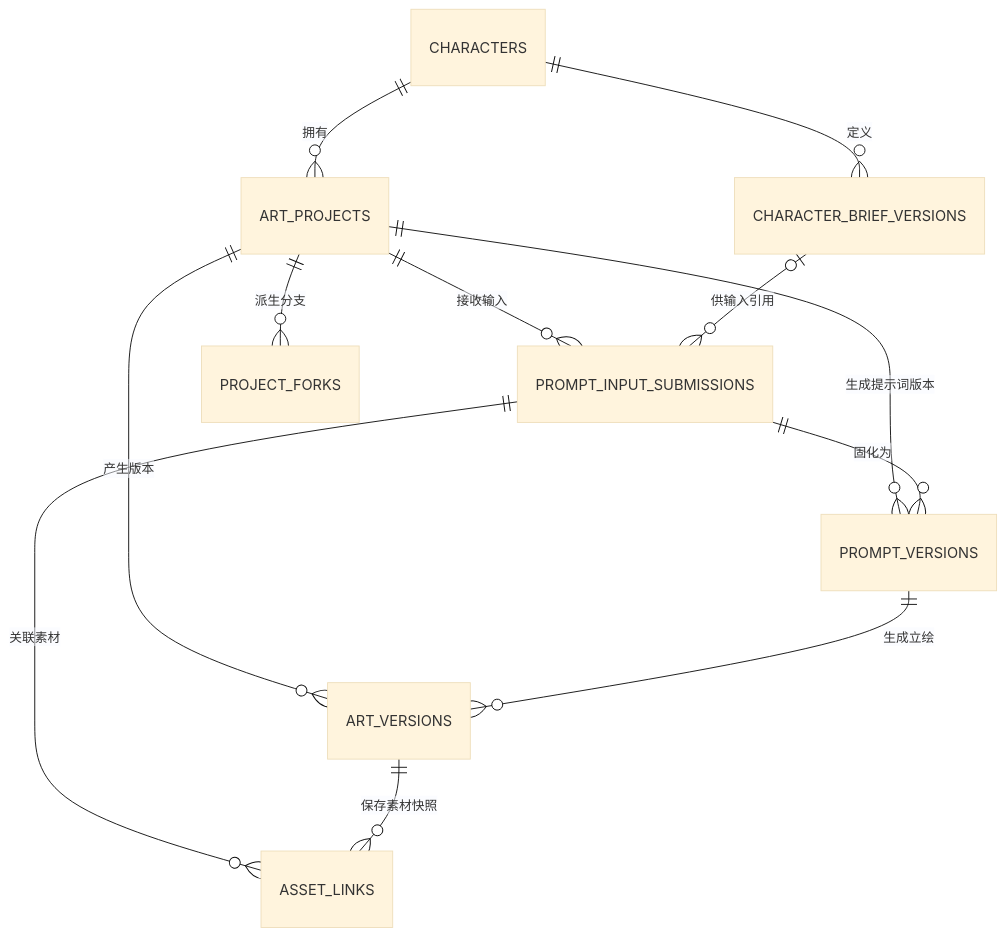
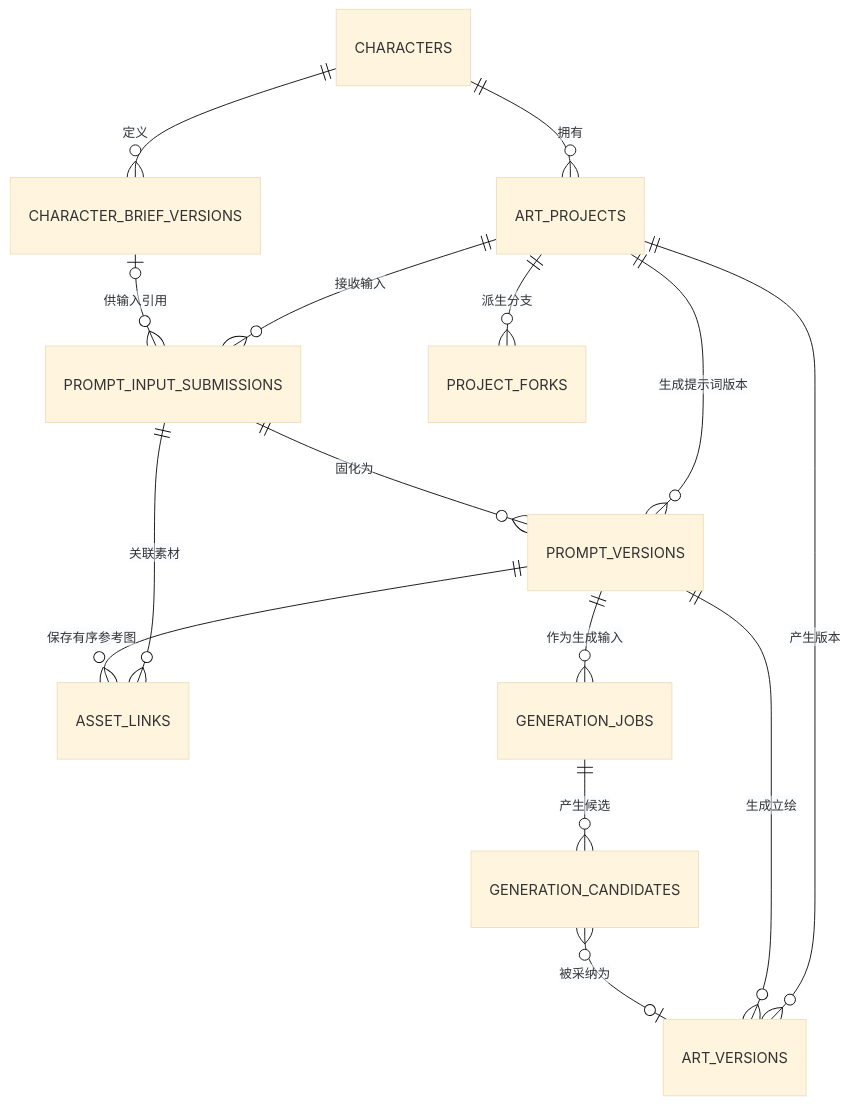
Before and after one commit to fupingyezi/agent2live: the second of 5 diagrams in docs/architecture/2026-11-08-data-model.md, drawn with Mermaid (base theme). The commit also changed other lines of this file and 3 other files, not shown here.

Commit message:
docs: update architecture docs

````diff
--- a/docs/architecture/2026-11-08-data-model.md
+++ b/docs/architecture/2026-11-08-data-model.md
@@ -104,14 +105,17 @@
 ```mermaid
 erDiagram
   CHARACTERS ||--o{ ART_PROJECTS : "拥有"
   CHARACTERS ||--o{ CHARACTER_BRIEF_VERSIONS : "定义"
   ART_PROJECTS ||--o{ PROMPT_INPUT_SUBMISSIONS : "接收输入"
   ART_PROJECTS ||--o{ PROMPT_VERSIONS : "生成提示词版本"
   ART_PROJECTS ||--o{ ART_VERSIONS : "产生版本"
   CHARACTER_BRIEF_VERSIONS |o--o{ PROMPT_INPUT_SUBMISSIONS : "供输入引用"
   PROMPT_INPUT_SUBMISSIONS ||--o{ PROMPT_VERSIONS : "固化为"
   PROMPT_VERSIONS ||--o{ ART_VERSIONS : "生成立绘"
   PROMPT_INPUT_SUBMISSIONS ||--o{ ASSET_LINKS : "关联素材"
-  ART_VERSIONS ||--o{ ASSET_LINKS : "保存素材快照"
+  PROMPT_VERSIONS ||--o{ ASSET_LINKS : "保存有序参考图"
+  PROMPT_VERSIONS ||--o{ GENERATION_JOBS : "作为生成输入"
+  GENERATION_JOBS ||--o{ GENERATION_CANDIDATES : "产生候选"
+  GENERATION_CANDIDATES }o--o| ART_VERSIONS : "被采纳为"
   ART_PROJECTS ||--o{ PROJECT_FORKS : "派生分支"
 ```
````
